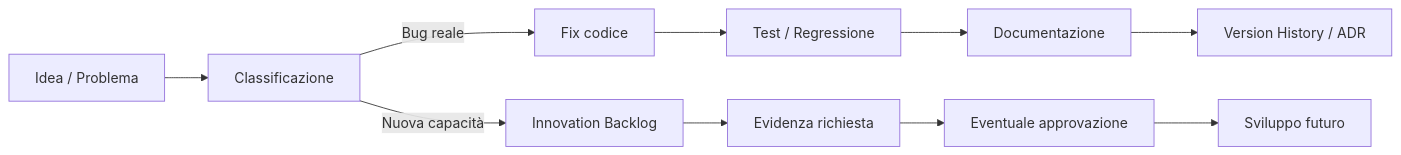
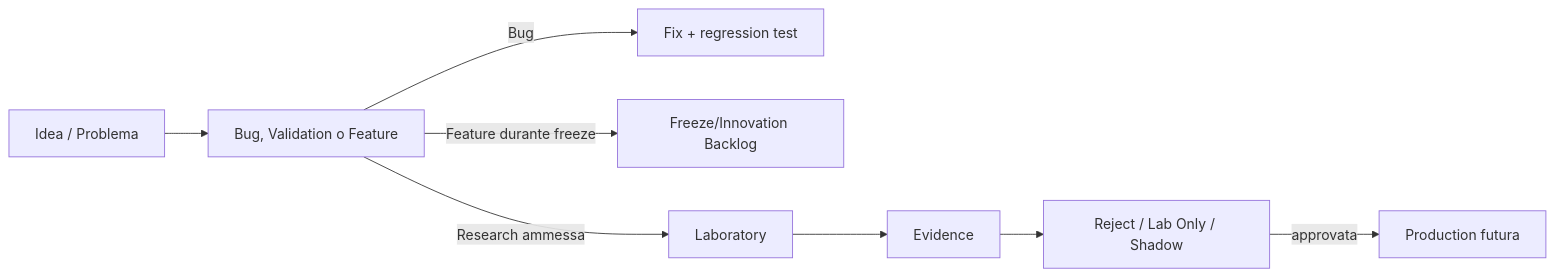
Before and after one commit to antoannali-ita/trading-engine-v2: the second of 2 diagrams in docs/README.md, drawn with Mermaid. The commit also changed other lines of this file and 5 other files, not shown here.

````diff
--- a/docs/README.md
+++ b/docs/README.md
@@ -90,12 +77,10 @@
 ```mermaid
 flowchart LR
-    IDEA[Idea / Problema] --> CLASS[Classificazione]
-    CLASS -->|Bug reale| FIX[Fix codice]
-    CLASS -->|Nuova capacità| BACKLOG[Innovation Backlog]
-    FIX --> TEST[Test / Regressione]
-    TEST --> DOC[Documentazione]
-    DOC --> HIST[Version History / ADR]
-    BACKLOG --> EVID[Evidenza richiesta]
-    EVID --> APPROVE[Eventuale approvazione]
-    APPROVE --> DEV[Sviluppo futuro]
+    IDEA[Idea / Problema] --> CLASS[Bug, Validation o Feature]
+    CLASS -->|Bug| FIX[Fix + regression test]
+    CLASS -->|Feature durante freeze| BACKLOG[Freeze/Innovation Backlog]
+    CLASS -->|Research ammessa| LAB[Laboratory]
+    LAB --> EVID[Evidence]
+    EVID --> DECIDE[Reject / Lab Only / Shadow]
+    DECIDE -->|approvata| FUTURE[Production futura]
 ```
````
